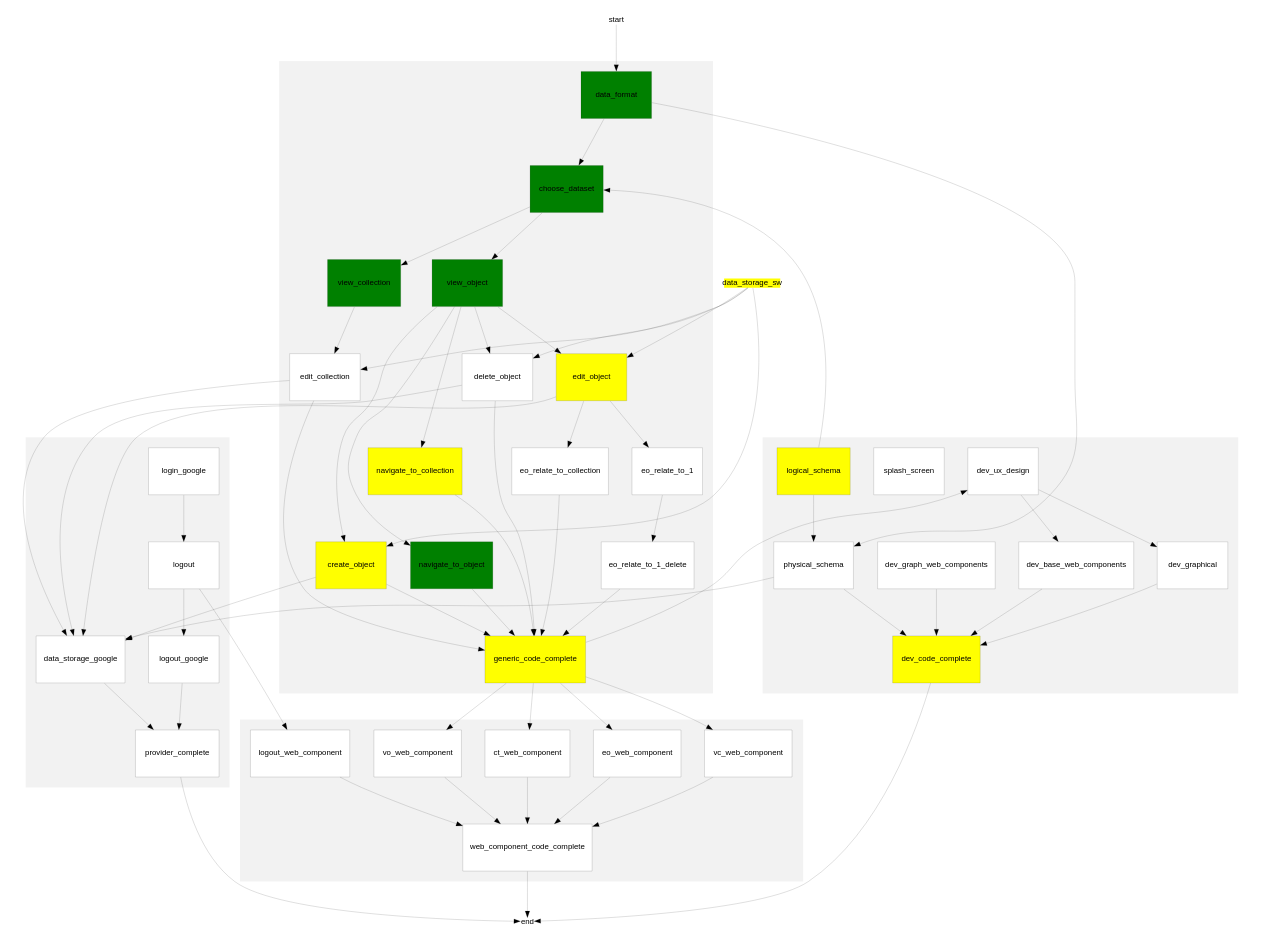
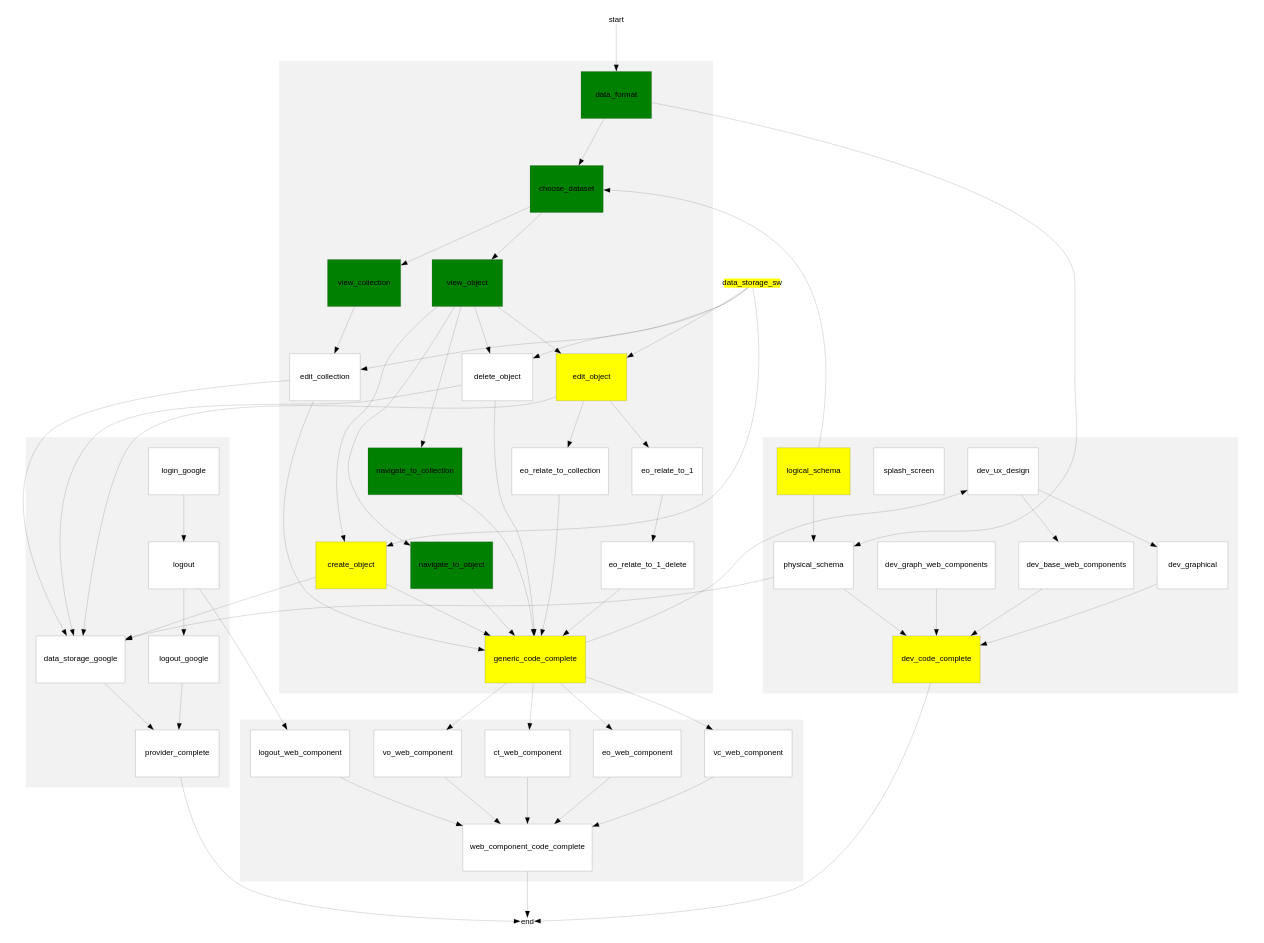
One commit to goofballLogic/stored-groups changed the diagram in ld/docs/viz.gv. Above: the diagram before and after it, drawn with Graphviz. The commit also changed 2 other files, not shown here.

```diff
--- a/ld/docs/viz.gv
+++ b/ld/docs/viz.gv
@@ -1,103 +1,103 @@
 digraph G {
 
     penwidth=0.1
     node [ fontsize=6; fontname=arial; penwidth=0.1; shape=box; style=filled; fillcolor=white; ]
     edge [ penwidth=0.1; arrowsize=0.5 ]
 
     subgraph dev_tooling {
 
         node [ shape=plain ]
         data_storage_sw [ fillcolor=yellow; margin=0.1; ]
         start
         end
     }
 
     subgraph cluster_generic {
         color=white; style=filled; fillcolor=grey95
         data_format [ fillcolor=green ]
         choose_dataset [ fillcolor=green ]
         view_object [ fillcolor=green ]
         navigate_to_object [ fillcolor=green ]
-        navigate_to_collection [ fillcolor=yellow ]
+        navigate_to_collection [ fillcolor=green ]
         view_collection [ fillcolor=green ]
         create_object [ fillcolor=yellow ]
         edit_object [ fillcolor=yellow ]
             eo_relate_to_1
             eo_relate_to_collection
             eo_relate_to_1_delete
         edit_collection
         delete_object
         generic_code_complete [ fillcolor=yellow ]
     }
 
     subgraph cluster_provider {
         color=white; style=filled; fillcolor=grey95
         data_storage_google
         login_google
         logout
         logout_google
         provider_complete
     }
 
     subgraph cluster_webcomponent_bridge {
         color=white; style=filled; fillcolor=grey95
         ct_web_component
         vo_web_component
         vc_web_component
         eo_web_component
         logout_web_component
         web_component_code_complete
     }
 
     subgraph cluster_dev_ots {
         color=white; style=filled; fillcolor=grey95
         physical_schema
         logical_schema [ fillcolor=yellow ]
         splash_screen
         dev_ux_design
         dev_base_web_components
         dev_graph_web_components
         dev_graphical
         dev_code_complete [ fillcolor=yellow ]
     }
 
     start -> data_format
 
     logical_schema -> choose_dataset
     data_format -> choose_dataset -> view_object
     choose_dataset -> view_collection -> edit_collection -> generic_code_complete
     view_object -> navigate_to_object -> generic_code_complete
     view_object -> navigate_to_collection -> generic_code_complete
     view_object -> create_object -> generic_code_complete
     view_object -> delete_object  -> generic_code_complete
     view_object -> edit_object
     edit_object -> eo_relate_to_1 -> eo_relate_to_1_delete  -> generic_code_complete
     edit_object -> eo_relate_to_collection  -> generic_code_complete
 
     data_storage_sw -> edit_object -> data_storage_google
     data_storage_sw -> edit_collection -> data_storage_google
     data_storage_sw -> delete_object -> data_storage_google
     data_storage_sw -> create_object -> data_storage_google
 
     generic_code_complete -> ct_web_component -> web_component_code_complete
     generic_code_complete -> vo_web_component -> web_component_code_complete
     generic_code_complete -> vc_web_component -> web_component_code_complete
     generic_code_complete -> eo_web_component -> web_component_code_complete
     logout -> logout_web_component -> web_component_code_complete -> end
 
     data_format -> physical_schema
     logical_schema -> physical_schema -> dev_code_complete
     generic_code_complete -> dev_ux_design
     dev_ux_design -> dev_base_web_components -> dev_code_complete
     dev_ux_design -> dev_graphical -> dev_code_complete
     dev_graph_web_components -> dev_code_complete
     dev_code_complete -> end
 
     data_storage_google -> provider_complete
 
     physical_schema -> data_storage_google
 
     login_google -> logout -> logout_google -> provider_complete
 
     provider_complete -> end
 }
```
